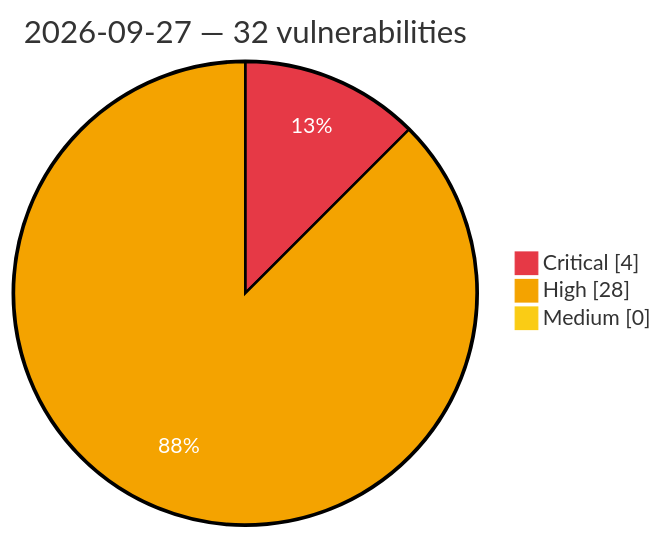
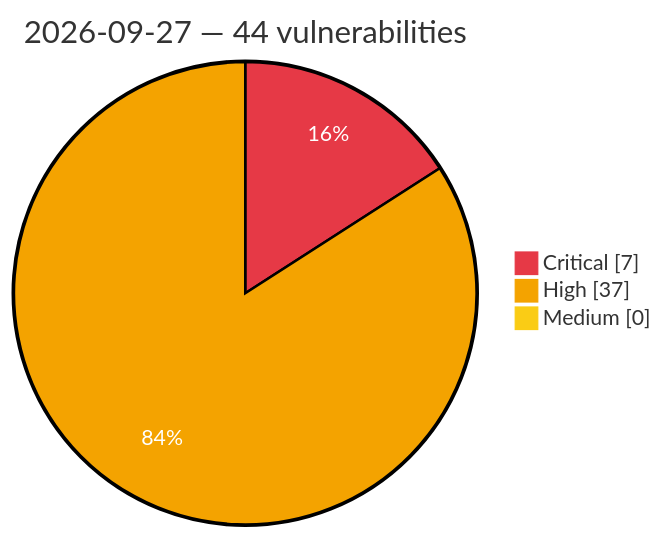
One commit to GhostX0X/vuln-tracker changed the diagram in vulnerabilities/2026/September/2026-09-27.md. Above: the diagram before and after it, drawn with Mermaid. The commit also changed other lines of this file and 5 other files, not shown here.

Commit message:
Auto update: critical/high vulns (2026-09-27 19:08 UTC)

````diff
--- a/vulnerabilities/2026/September/2026-09-27.md
+++ b/vulnerabilities/2026/September/2026-09-27.md
@@ -3,8 +3,8 @@
 ```mermaid
 %%{init: {'theme':'base', 'themeVariables': {'pie1':'#e63946', 'pie2':'#f4a300', 'pie3':'#facc15', 'pieOpacity':'1', 'pieOuterStrokeWidth':'2px', 'pieSectionTextColor':'#ffffff'}}}%%
 pie showData
-    title 2026-09-27 — 32 vulnerabilities
-    "Critical" : 4
-    "High" : 28
+    title 2026-09-27 — 44 vulnerabilities
+    "Critical" : 7
+    "High" : 37
     "Medium" : 0
 ```
````
